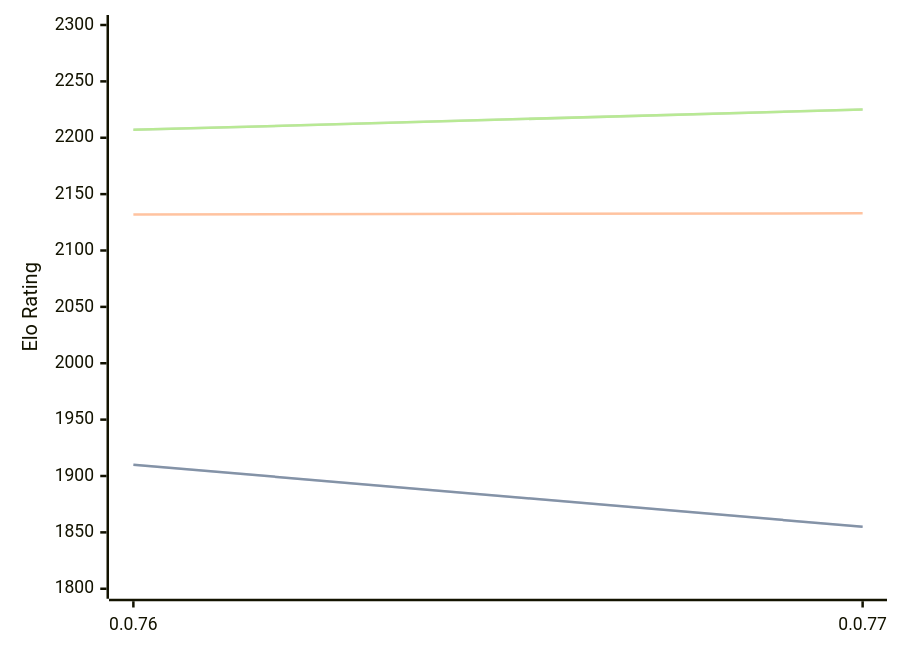
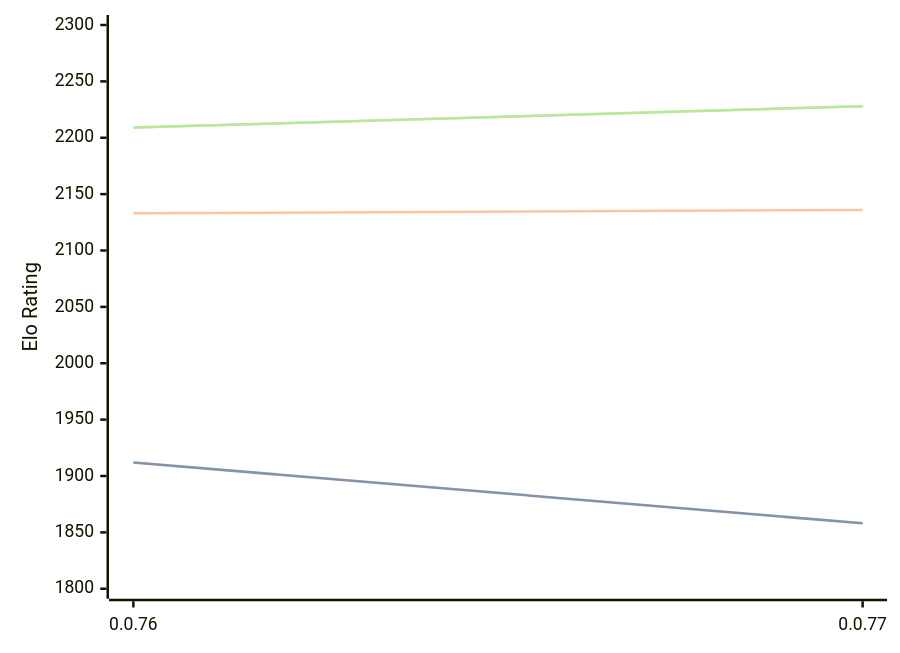
Before and after one commit to computer-chess-index/cci: the diagram in engines/Fktb.md, drawn with Mermaid. The commit also changed other lines of this file, not shown here.

Commit message:
Update CCI Ratings (ELO VLTC) - 2026-08-22

````diff
--- a/engines/Fktb.md
+++ b/engines/Fktb.md
@@ -32,11 +32,11 @@
 ```mermaid
 %%{init: {"theme":"base","themeVariables":{"seriesColors:['#a3a3a3','#222221','#faa371']}}}%%
 xychart-beta
   x-axis ["0.0.76", "0.0.77"]
   y-axis "Elo Rating" 1800 --> 2300
-  line "STC (8.0+0.08s)" [1910, 1855]
-  line "STC (8.0+0.08s)" [1910, 1855]
-  line "LTC (60.0+0.60s)" [2132, 2133]
-  line "VLTC (2m24s+1.12s)" [2207, 2225]
-  line "VLTC (2m24s+1.12s)" [2207, 2225]
+  line "STC (8.0+0.08s)" [1912, 1858]
+  line "STC (8.0+0.08s)" [1912, 1858]
+  line "LTC (60.0+0.60s)" [2133, 2136]
+  line "VLTC (2m24s+1.12s)" [2209, 2228]
+  line "VLTC (2m24s+1.12s)" [2209, 2228]
 ```
````
